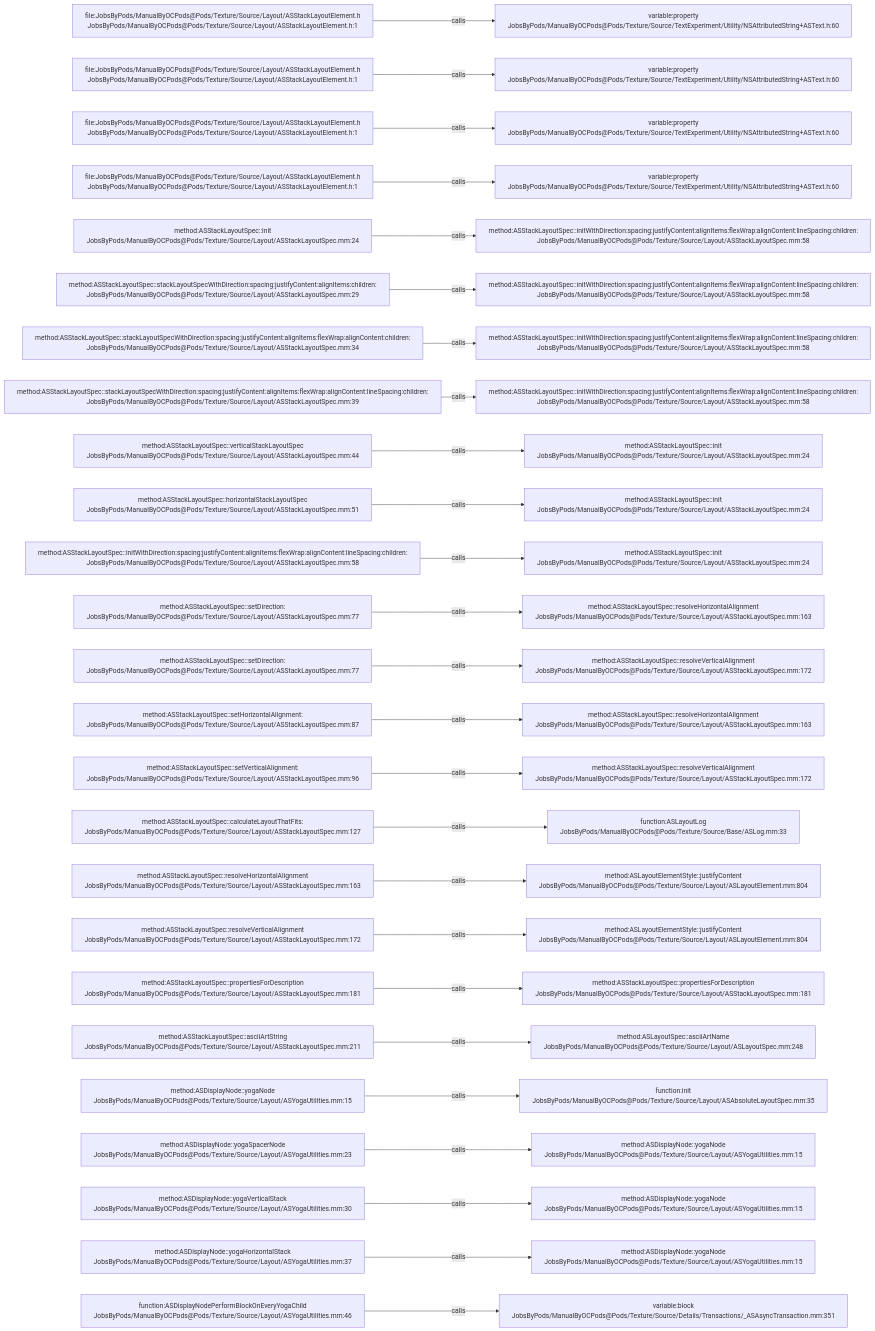
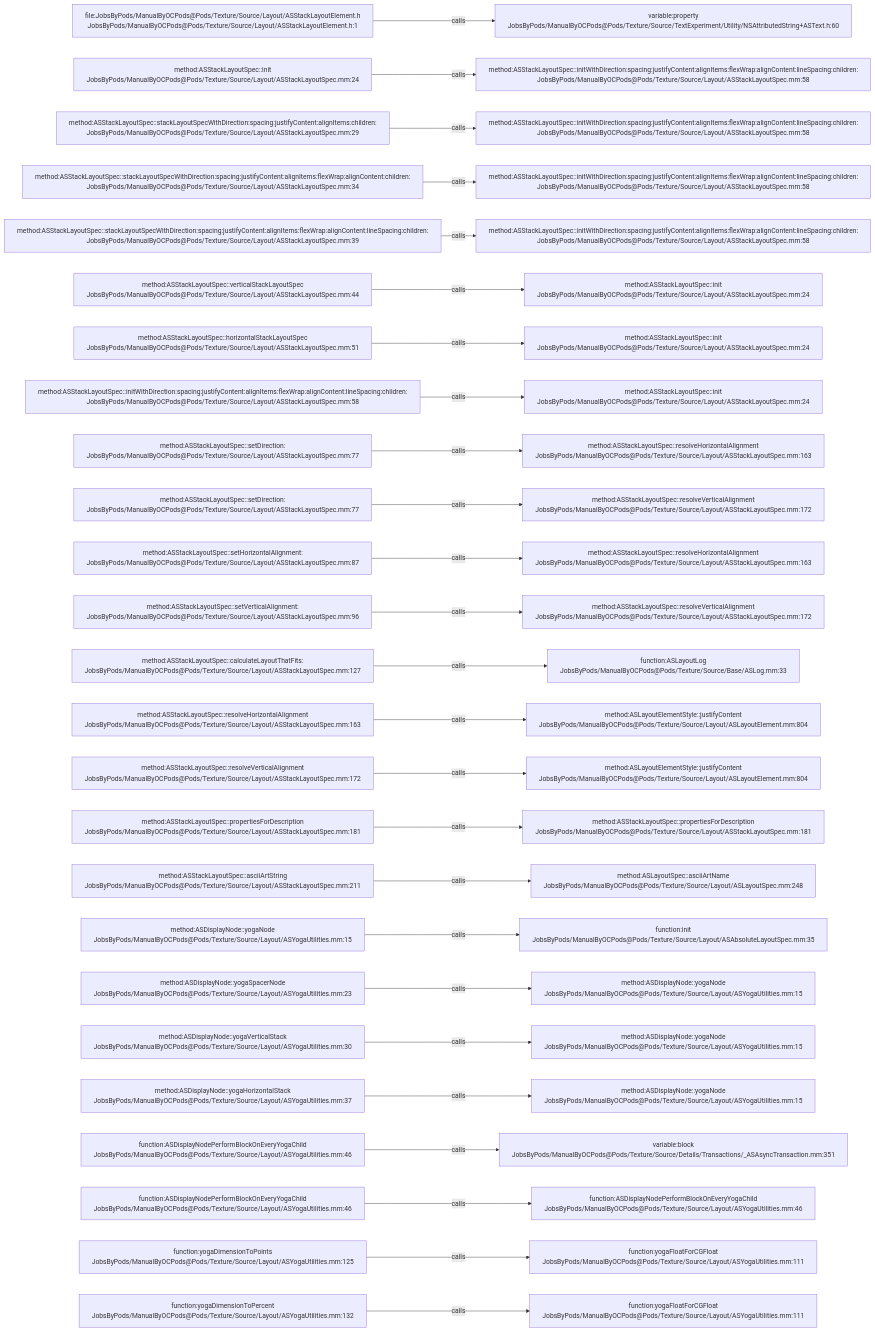
The diagram in .codegraph/codegraph.md/graphs/calls-185.md (JobsKits/JobsOCBaseConfigDemo), drawn with Mermaid before and after one commit. The commit also changed 342 other files, not shown here.

````diff
--- a/.codegraph/codegraph.md/graphs/calls-185.md
+++ b/.codegraph/codegraph.md/graphs/calls-185.md
@@ -13,78 +13,78 @@
 ```mermaid
 flowchart LR
   S1["file:JobsByPods/ManualByOCPods@Pods/Texture/Source/Layout/ASStackLayoutElement.h<br/>JobsByPods/ManualByOCPods@Pods/Texture/Source/Layout/ASStackLayoutElement.h:1"]
   T1["variable:property<br/>JobsByPods/ManualByOCPods@Pods/Texture/Source/TextExperiment/Utility/NSAttributedString+ASText.h:60"]
   S1 -->|calls| T1
-  S2["file:JobsByPods/ManualByOCPods@Pods/Texture/Source/Layout/ASStackLayoutElement.h<br/>JobsByPods/ManualByOCPods@Pods/Texture/Source/Layout/ASStackLayoutElement.h:1"]
-  T2["variable:property<br/>JobsByPods/ManualByOCPods@Pods/Texture/Source/TextExperiment/Utility/NSAttributedString+ASText.h:60"]
+  S2["method:ASStackLayoutSpec::init<br/>JobsByPods/ManualByOCPods@Pods/Texture/Source/Layout/ASStackLayoutSpec.mm:24"]
+  T2["method:ASStackLayoutSpec::initWithDirection:spacing:justifyContent:alignItems:flexWrap:alignContent:lineSpacing:children:<br/>JobsByPods/ManualByOCPods@Pods/Texture/Source/Layout/ASStackLayoutSpec.mm:58"]
   S2 -->|calls| T2
-  S3["file:JobsByPods/ManualByOCPods@Pods/Texture/Source/Layout/ASStackLayoutElement.h<br/>JobsByPods/ManualByOCPods@Pods/Texture/Source/Layout/ASStackLayoutElement.h:1"]
-  T3["variable:property<br/>JobsByPods/ManualByOCPods@Pods/Texture/Source/TextExperiment/Utility/NSAttributedString+ASText.h:60"]
+  S3["method:ASStackLayoutSpec::stackLayoutSpecWithDirection:spacing:justifyContent:alignItems:children:<br/>JobsByPods/ManualByOCPods@Pods/Texture/Source/Layout/ASStackLayoutSpec.mm:29"]
+  T3["method:ASStackLayoutSpec::initWithDirection:spacing:justifyContent:alignItems:flexWrap:alignContent:lineSpacing:children:<br/>JobsByPods/ManualByOCPods@Pods/Texture/Source/Layout/ASStackLayoutSpec.mm:58"]
   S3 -->|calls| T3
-  S4["file:JobsByPods/ManualByOCPods@Pods/Texture/Source/Layout/ASStackLayoutElement.h<br/>JobsByPods/ManualByOCPods@Pods/Texture/Source/Layout/ASStackLayoutElement.h:1"]
-  T4["variable:property<br/>JobsByPods/ManualByOCPods@Pods/Texture/Source/TextExperiment/Utility/NSAttributedString+ASText.h:60"]
+  S4["method:ASStackLayoutSpec::stackLayoutSpecWithDirection:spacing:justifyContent:alignItems:flexWrap:alignContent:children:<br/>JobsByPods/ManualByOCPods@Pods/Texture/Source/Layout/ASStackLayoutSpec.mm:34"]
+  T4["method:ASStackLayoutSpec::initWithDirection:spacing:justifyContent:alignItems:flexWrap:alignContent:lineSpacing:children:<br/>JobsByPods/ManualByOCPods@Pods/Texture/Source/Layout/ASStackLayoutSpec.mm:58"]
   S4 -->|calls| T4
-  S5["method:ASStackLayoutSpec::init<br/>JobsByPods/ManualByOCPods@Pods/Texture/Source/Layout/ASStackLayoutSpec.mm:24"]
+  S5["method:ASStackLayoutSpec::stackLayoutSpecWithDirection:spacing:justifyContent:alignItems:flexWrap:alignContent:lineSpacing:children:<br/>JobsByPods/ManualByOCPods@Pods/Texture/Source/Layout/ASStackLayoutSpec.mm:39"]
   T5["method:ASStackLayoutSpec::initWithDirection:spacing:justifyContent:alignItems:flexWrap:alignContent:lineSpacing:children:<br/>JobsByPods/ManualByOCPods@Pods/Texture/Source/Layout/ASStackLayoutSpec.mm:58"]
   S5 -->|calls| T5
-  S6["method:ASStackLayoutSpec::stackLayoutSpecWithDirection:spacing:justifyContent:alignItems:children:<br/>JobsByPods/ManualByOCPods@Pods/Texture/Source/Layout/ASStackLayoutSpec.mm:29"]
-  T6["method:ASStackLayoutSpec::initWithDirection:spacing:justifyContent:alignItems:flexWrap:alignContent:lineSpacing:children:<br/>JobsByPods/ManualByOCPods@Pods/Texture/Source/Layout/ASStackLayoutSpec.mm:58"]
+  S6["method:ASStackLayoutSpec::verticalStackLayoutSpec<br/>JobsByPods/ManualByOCPods@Pods/Texture/Source/Layout/ASStackLayoutSpec.mm:44"]
+  T6["method:ASStackLayoutSpec::init<br/>JobsByPods/ManualByOCPods@Pods/Texture/Source/Layout/ASStackLayoutSpec.mm:24"]
   S6 -->|calls| T6
-  S7["method:ASStackLayoutSpec::stackLayoutSpecWithDirection:spacing:justifyContent:alignItems:flexWrap:alignContent:children:<br/>JobsByPods/ManualByOCPods@Pods/Texture/Source/Layout/ASStackLayoutSpec.mm:34"]
-  T7["method:ASStackLayoutSpec::initWithDirection:spacing:justifyContent:alignItems:flexWrap:alignContent:lineSpacing:children:<br/>JobsByPods/ManualByOCPods@Pods/Texture/Source/Layout/ASStackLayoutSpec.mm:58"]
+  S7["method:ASStackLayoutSpec::horizontalStackLayoutSpec<br/>JobsByPods/ManualByOCPods@Pods/Texture/Source/Layout/ASStackLayoutSpec.mm:51"]
+  T7["method:ASStackLayoutSpec::init<br/>JobsByPods/ManualByOCPods@Pods/Texture/Source/Layout/ASStackLayoutSpec.mm:24"]
   S7 -->|calls| T7
-  S8["method:ASStackLayoutSpec::stackLayoutSpecWithDirection:spacing:justifyContent:alignItems:flexWrap:alignContent:lineSpacing:children:<br/>JobsByPods/ManualByOCPods@Pods/Texture/Source/Layout/ASStackLayoutSpec.mm:39"]
-  T8["method:ASStackLayoutSpec::initWithDirection:spacing:justifyContent:alignItems:flexWrap:alignContent:lineSpacing:children:<br/>JobsByPods/ManualByOCPods@Pods/Texture/Source/Layout/ASStackLayoutSpec.mm:58"]
+  S8["method:ASStackLayoutSpec::initWithDirection:spacing:justifyContent:alignItems:flexWrap:alignContent:lineSpacing:children:<br/>JobsByPods/ManualByOCPods@Pods/Texture/Source/Layout/ASStackLayoutSpec.mm:58"]
+  T8["method:ASStackLayoutSpec::init<br/>JobsByPods/ManualByOCPods@Pods/Texture/Source/Layout/ASStackLayoutSpec.mm:24"]
   S8 -->|calls| T8
-  S9["method:ASStackLayoutSpec::verticalStackLayoutSpec<br/>JobsByPods/ManualByOCPods@Pods/Texture/Source/Layout/ASStackLayoutSpec.mm:44"]
-  T9["method:ASStackLayoutSpec::init<br/>JobsByPods/ManualByOCPods@Pods/Texture/Source/Layout/ASStackLayoutSpec.mm:24"]
+  S9["method:ASStackLayoutSpec::setDirection:<br/>JobsByPods/ManualByOCPods@Pods/Texture/Source/Layout/ASStackLayoutSpec.mm:77"]
+  T9["method:ASStackLayoutSpec::resolveHorizontalAlignment<br/>JobsByPods/ManualByOCPods@Pods/Texture/Source/Layout/ASStackLayoutSpec.mm:163"]
   S9 -->|calls| T9
-  S10["method:ASStackLayoutSpec::horizontalStackLayoutSpec<br/>JobsByPods/ManualByOCPods@Pods/Texture/Source/Layout/ASStackLayoutSpec.mm:51"]
-  T10["method:ASStackLayoutSpec::init<br/>JobsByPods/ManualByOCPods@Pods/Texture/Source/Layout/ASStackLayoutSpec.mm:24"]
+  S10["method:ASStackLayoutSpec::setDirection:<br/>JobsByPods/ManualByOCPods@Pods/Texture/Source/Layout/ASStackLayoutSpec.mm:77"]
+  T10["method:ASStackLayoutSpec::resolveVerticalAlignment<br/>JobsByPods/ManualByOCPods@Pods/Texture/Source/Layout/ASStackLayoutSpec.mm:172"]
   S10 -->|calls| T10
-  S11["method:ASStackLayoutSpec::initWithDirection:spacing:justifyContent:alignItems:flexWrap:alignContent:lineSpacing:children:<br/>JobsByPods/ManualByOCPods@Pods/Texture/Source/Layout/ASStackLayoutSpec.mm:58"]
-  T11["method:ASStackLayoutSpec::init<br/>JobsByPods/ManualByOCPods@Pods/Texture/Source/Layout/ASStackLayoutSpec.mm:24"]
+  S11["method:ASStackLayoutSpec::setHorizontalAlignment:<br/>JobsByPods/ManualByOCPods@Pods/Texture/Source/Layout/ASStackLayoutSpec.mm:87"]
+  T11["method:ASStackLayoutSpec::resolveHorizontalAlignment<br/>JobsByPods/ManualByOCPods@Pods/Texture/Source/Layout/ASStackLayoutSpec.mm:163"]
   S11 -->|calls| T11
-  S12["method:ASStackLayoutSpec::setDirection:<br/>JobsByPods/ManualByOCPods@Pods/Texture/Source/Layout/ASStackLayoutSpec.mm:77"]
-  T12["method:ASStackLayoutSpec::resolveHorizontalAlignment<br/>JobsByPods/ManualByOCPods@Pods/Texture/Source/Layout/ASStackLayoutSpec.mm:163"]
+  S12["method:ASStackLayoutSpec::setVerticalAlignment:<br/>JobsByPods/ManualByOCPods@Pods/Texture/Source/Layout/ASStackLayoutSpec.mm:96"]
+  T12["method:ASStackLayoutSpec::resolveVerticalAlignment<br/>JobsByPods/ManualByOCPods@Pods/Texture/Source/Layout/ASStackLayoutSpec.mm:172"]
   S12 -->|calls| T12
-  S13["method:ASStackLayoutSpec::setDirection:<br/>JobsByPods/ManualByOCPods@Pods/Texture/Source/Layout/ASStackLayoutSpec.mm:77"]
-  T13["method:ASStackLayoutSpec::resolveVerticalAlignment<br/>JobsByPods/ManualByOCPods@Pods/Texture/Source/Layout/ASStackLayoutSpec.mm:172"]
+  S13["method:ASStackLayoutSpec::calculateLayoutThatFits:<br/>JobsByPods/ManualByOCPods@Pods/Texture/Source/Layout/ASStackLayoutSpec.mm:127"]
+  T13["function:ASLayoutLog<br/>JobsByPods/ManualByOCPods@Pods/Texture/Source/Base/ASLog.mm:33"]
   S13 -->|calls| T13
-  S14["method:ASStackLayoutSpec::setHorizontalAlignment:<br/>JobsByPods/ManualByOCPods@Pods/Texture/Source/Layout/ASStackLayoutSpec.mm:87"]
-  T14["method:ASStackLayoutSpec::resolveHorizontalAlignment<br/>JobsByPods/ManualByOCPods@Pods/Texture/Source/Layout/ASStackLayoutSpec.mm:163"]
+  S14["method:ASStackLayoutSpec::resolveHorizontalAlignment<br/>JobsByPods/ManualByOCPods@Pods/Texture/Source/Layout/ASStackLayoutSpec.mm:163"]
+  T14["method:ASLayoutElementStyle::justifyContent<br/>JobsByPods/ManualByOCPods@Pods/Texture/Source/Layout/ASLayoutElement.mm:804"]
   S14 -->|calls| T14
-  S15["method:ASStackLayoutSpec::setVerticalAlignment:<br/>JobsByPods/ManualByOCPods@Pods/Texture/Source/Layout/ASStackLayoutSpec.mm:96"]
-  T15["method:ASStackLayoutSpec::resolveVerticalAlignment<br/>JobsByPods/ManualByOCPods@Pods/Texture/Source/Layout/ASStackLayoutSpec.mm:172"]
+  S15["method:ASStackLayoutSpec::resolveVerticalAlignment<br/>JobsByPods/ManualByOCPods@Pods/Texture/Source/Layout/ASStackLayoutSpec.mm:172"]
+  T15["method:ASLayoutElementStyle::justifyContent<br/>JobsByPods/ManualByOCPods@Pods/Texture/Source/Layout/ASLayoutElement.mm:804"]
   S15 -->|calls| T15
-  S16["method:ASStackLayoutSpec::calculateLayoutThatFits:<br/>JobsByPods/ManualByOCPods@Pods/Texture/Source/Layout/ASStackLayoutSpec.mm:127"]
-  T16["function:ASLayoutLog<br/>JobsByPods/ManualByOCPods@Pods/Texture/Source/Base/ASLog.mm:33"]
+  S16["method:ASStackLayoutSpec::propertiesForDescription<br/>JobsByPods/ManualByOCPods@Pods/Texture/Source/Layout/ASStackLayoutSpec.mm:181"]
+  T16["method:ASStackLayoutSpec::propertiesForDescription<br/>JobsByPods/ManualByOCPods@Pods/Texture/Source/Layout/ASStackLayoutSpec.mm:181"]
   S16 -->|calls| T16
-  S17["method:ASStackLayoutSpec::resolveHorizontalAlignment<br/>JobsByPods/ManualByOCPods@Pods/Texture/Source/Layout/ASStackLayoutSpec.mm:163"]
-  T17["method:ASLayoutElementStyle::justifyContent<br/>JobsByPods/ManualByOCPods@Pods/Texture/Source/Layout/ASLayoutElement.mm:804"]
+  S17["method:ASStackLayoutSpec::asciiArtString<br/>JobsByPods/ManualByOCPods@Pods/Texture/Source/Layout/ASStackLayoutSpec.mm:211"]
+  T17["method:ASLayoutSpec::asciiArtName<br/>JobsByPods/ManualByOCPods@Pods/Texture/Source/Layout/ASLayoutSpec.mm:248"]
   S17 -->|calls| T17
-  S18["method:ASStackLayoutSpec::resolveVerticalAlignment<br/>JobsByPods/ManualByOCPods@Pods/Texture/Source/Layout/ASStackLayoutSpec.mm:172"]
-  T18["method:ASLayoutElementStyle::justifyContent<br/>JobsByPods/ManualByOCPods@Pods/Texture/Source/Layout/ASLayoutElement.mm:804"]
+  S18["method:ASDisplayNode::yogaNode<br/>JobsByPods/ManualByOCPods@Pods/Texture/Source/Layout/ASYogaUtilities.mm:15"]
+  T18["function:init<br/>JobsByPods/ManualByOCPods@Pods/Texture/Source/Layout/ASAbsoluteLayoutSpec.mm:35"]
   S18 -->|calls| T18
-  S19["method:ASStackLayoutSpec::propertiesForDescription<br/>JobsByPods/ManualByOCPods@Pods/Texture/Source/Layout/ASStackLayoutSpec.mm:181"]
-  T19["method:ASStackLayoutSpec::propertiesForDescription<br/>JobsByPods/ManualByOCPods@Pods/Texture/Source/Layout/ASStackLayoutSpec.mm:181"]
+  S19["method:ASDisplayNode::yogaSpacerNode<br/>JobsByPods/ManualByOCPods@Pods/Texture/Source/Layout/ASYogaUtilities.mm:23"]
+  T19["method:ASDisplayNode::yogaNode<br/>JobsByPods/ManualByOCPods@Pods/Texture/Source/Layout/ASYogaUtilities.mm:15"]
   S19 -->|calls| T19
-  S20["method:ASStackLayoutSpec::asciiArtString<br/>JobsByPods/ManualByOCPods@Pods/Texture/Source/Layout/ASStackLayoutSpec.mm:211"]
-  T20["method:ASLayoutSpec::asciiArtName<br/>JobsByPods/ManualByOCPods@Pods/Texture/Source/Layout/ASLayoutSpec.mm:248"]
+  S20["method:ASDisplayNode::yogaVerticalStack<br/>JobsByPods/ManualByOCPods@Pods/Texture/Source/Layout/ASYogaUtilities.mm:30"]
+  T20["method:ASDisplayNode::yogaNode<br/>JobsByPods/ManualByOCPods@Pods/Texture/Source/Layout/ASYogaUtilities.mm:15"]
   S20 -->|calls| T20
-  S21["method:ASDisplayNode::yogaNode<br/>JobsByPods/ManualByOCPods@Pods/Texture/Source/Layout/ASYogaUtilities.mm:15"]
-  T21["function:init<br/>JobsByPods/ManualByOCPods@Pods/Texture/Source/Layout/ASAbsoluteLayoutSpec.mm:35"]
+  S21["method:ASDisplayNode::yogaHorizontalStack<br/>JobsByPods/ManualByOCPods@Pods/Texture/Source/Layout/ASYogaUtilities.mm:37"]
+  T21["method:ASDisplayNode::yogaNode<br/>JobsByPods/ManualByOCPods@Pods/Texture/Source/Layout/ASYogaUtilities.mm:15"]
   S21 -->|calls| T21
-  S22["method:ASDisplayNode::yogaSpacerNode<br/>JobsByPods/ManualByOCPods@Pods/Texture/Source/Layout/ASYogaUtilities.mm:23"]
-  T22["method:ASDisplayNode::yogaNode<br/>JobsByPods/ManualByOCPods@Pods/Texture/Source/Layout/ASYogaUtilities.mm:15"]
+  S22["function:ASDisplayNodePerformBlockOnEveryYogaChild<br/>JobsByPods/ManualByOCPods@Pods/Texture/Source/Layout/ASYogaUtilities.mm:46"]
+  T22["variable:block<br/>JobsByPods/ManualByOCPods@Pods/Texture/Source/Details/Transactions/_ASAsyncTransaction.mm:351"]
   S22 -->|calls| T22
-  S23["method:ASDisplayNode::yogaVerticalStack<br/>JobsByPods/ManualByOCPods@Pods/Texture/Source/Layout/ASYogaUtilities.mm:30"]
-  T23["method:ASDisplayNode::yogaNode<br/>JobsByPods/ManualByOCPods@Pods/Texture/Source/Layout/ASYogaUtilities.mm:15"]
+  S23["function:ASDisplayNodePerformBlockOnEveryYogaChild<br/>JobsByPods/ManualByOCPods@Pods/Texture/Source/Layout/ASYogaUtilities.mm:46"]
+  T23["function:ASDisplayNodePerformBlockOnEveryYogaChild<br/>JobsByPods/ManualByOCPods@Pods/Texture/Source/Layout/ASYogaUtilities.mm:46"]
   S23 -->|calls| T23
-  S24["method:ASDisplayNode::yogaHorizontalStack<br/>JobsByPods/ManualByOCPods@Pods/Texture/Source/Layout/ASYogaUtilities.mm:37"]
-  T24["method:ASDisplayNode::yogaNode<br/>JobsByPods/ManualByOCPods@Pods/Texture/Source/Layout/ASYogaUtilities.mm:15"]
+  S24["function:yogaDimensionToPoints<br/>JobsByPods/ManualByOCPods@Pods/Texture/Source/Layout/ASYogaUtilities.mm:125"]
+  T24["function:yogaFloatForCGFloat<br/>JobsByPods/ManualByOCPods@Pods/Texture/Source/Layout/ASYogaUtilities.mm:111"]
   S24 -->|calls| T24
-  S25["function:ASDisplayNodePerformBlockOnEveryYogaChild<br/>JobsByPods/ManualByOCPods@Pods/Texture/Source/Layout/ASYogaUtilities.mm:46"]
-  T25["variable:block<br/>JobsByPods/ManualByOCPods@Pods/Texture/Source/Details/Transactions/_ASAsyncTransaction.mm:351"]
+  S25["function:yogaDimensionToPercent<br/>JobsByPods/ManualByOCPods@Pods/Texture/Source/Layout/ASYogaUtilities.mm:132"]
+  T25["function:yogaFloatForCGFloat<br/>JobsByPods/ManualByOCPods@Pods/Texture/Source/Layout/ASYogaUtilities.mm:111"]
   S25 -->|calls| T25
 ```
````
